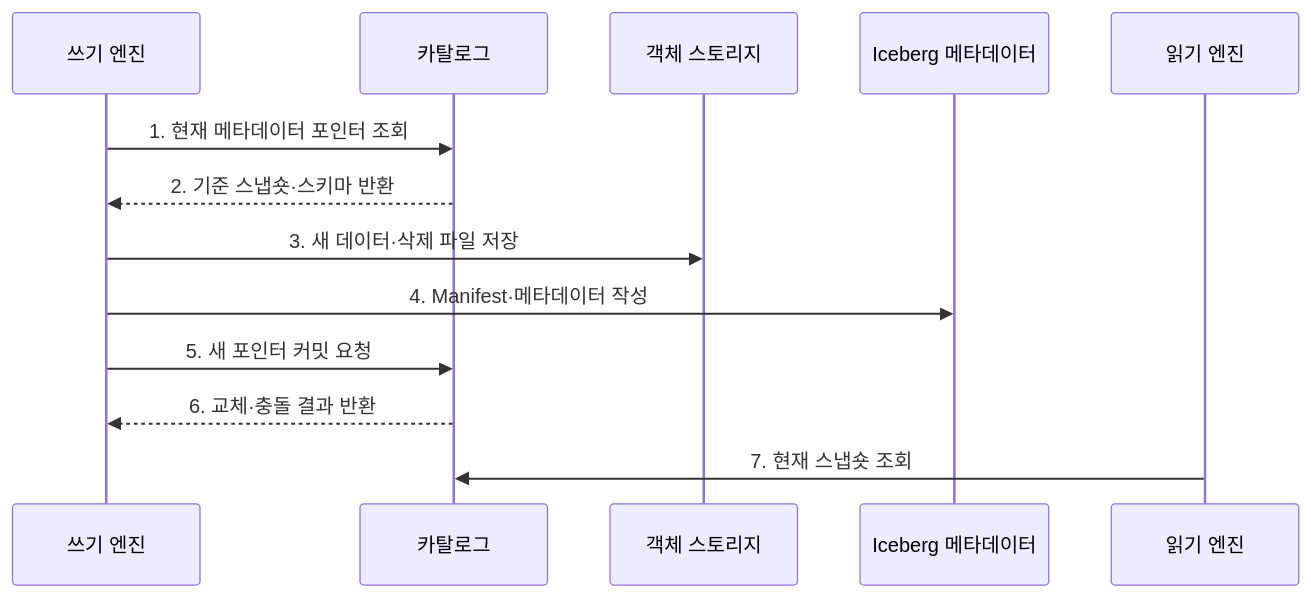
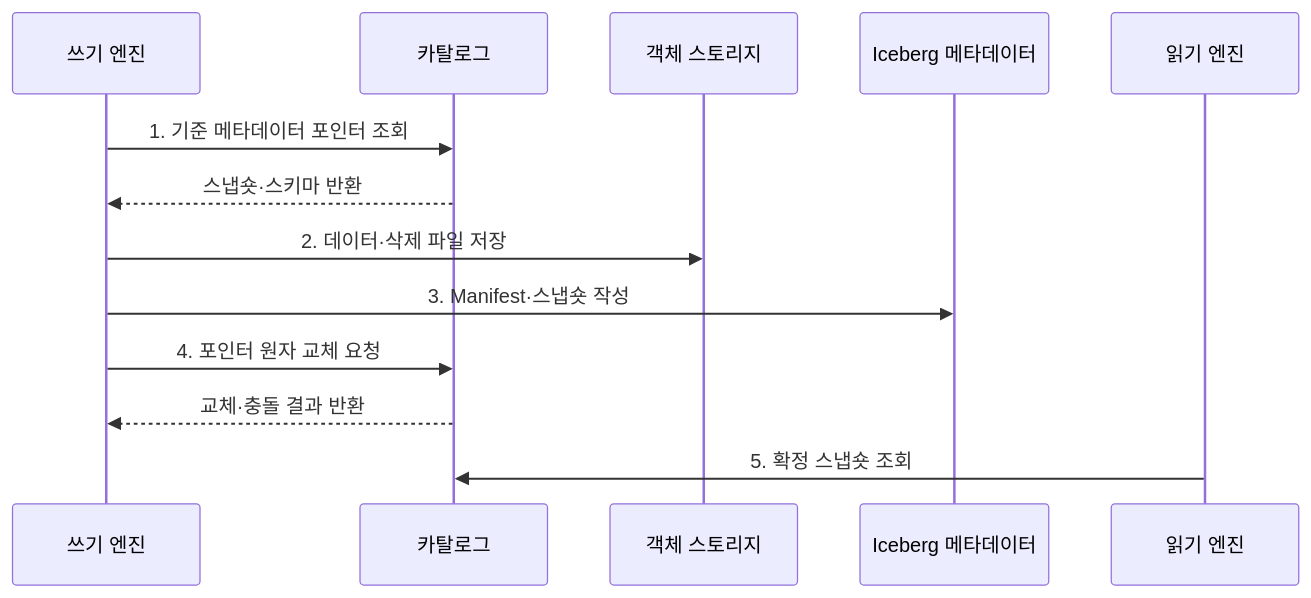
One commit to agnusdei1207/knowledge-base changed the second of 2 diagrams in src/content/docs/notes/03-software/128_apache_iceberg.md. Above: the diagram before and after it, drawn with Mermaid. The commit also changed other lines of this file and 238 other files, not shown here.

````diff
--- a/src/content/docs/notes/03-software/128_apache_iceberg.md
+++ b/src/content/docs/notes/03-software/128_apache_iceberg.md
@@ -81,15 +81,15 @@
 ```mermaid
 sequenceDiagram
     participant W as 쓰기 엔진
     participant C as 카탈로그
     participant D as 객체 스토리지
     participant M as Iceberg 메타데이터
     participant R as 읽기 엔진
-    W->>C: 1. 현재 메타데이터 포인터 조회
-    C-->>W: 2. 기준 스냅숏·스키마 반환
-    W->>D: 3. 새 데이터·삭제 파일 저장
-    W->>M: 4. Manifest·메타데이터 작성
-    W->>C: 5. 새 포인터 커밋 요청
-    C-->>W: 6. 교체·충돌 결과 반환
-    R->>C: 7. 현재 스냅숏 조회
+    W->>C: 1. 기준 메타데이터 포인터 조회
+    C-->>W: 스냅숏·스키마 반환
+    W->>D: 2. 데이터·삭제 파일 저장
+    W->>M: 3. Manifest·스냅숏 작성
+    W->>C: 4. 포인터 원자 교체 요청
+    C-->>W: 교체·충돌 결과 반환
+    R->>C: 5. 확정 스냅숏 조회
 ```
````
